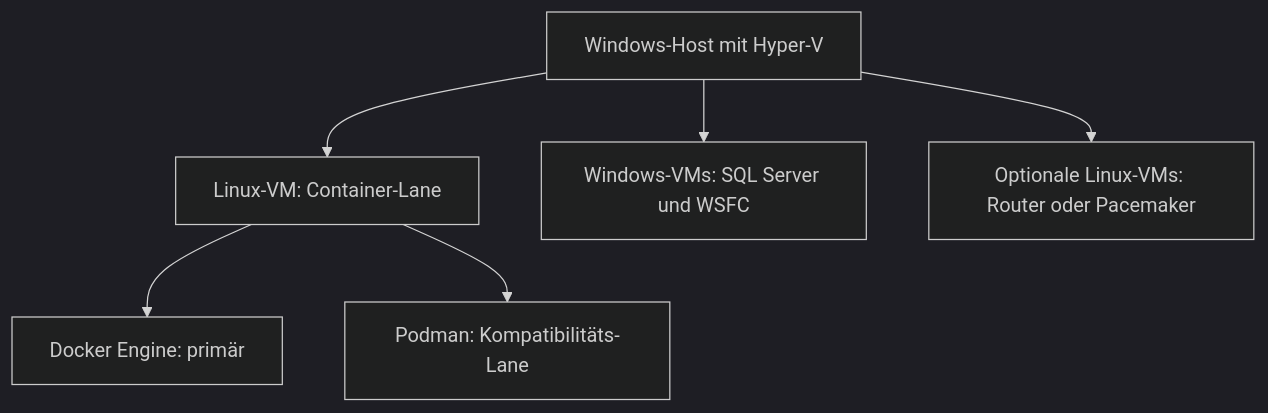
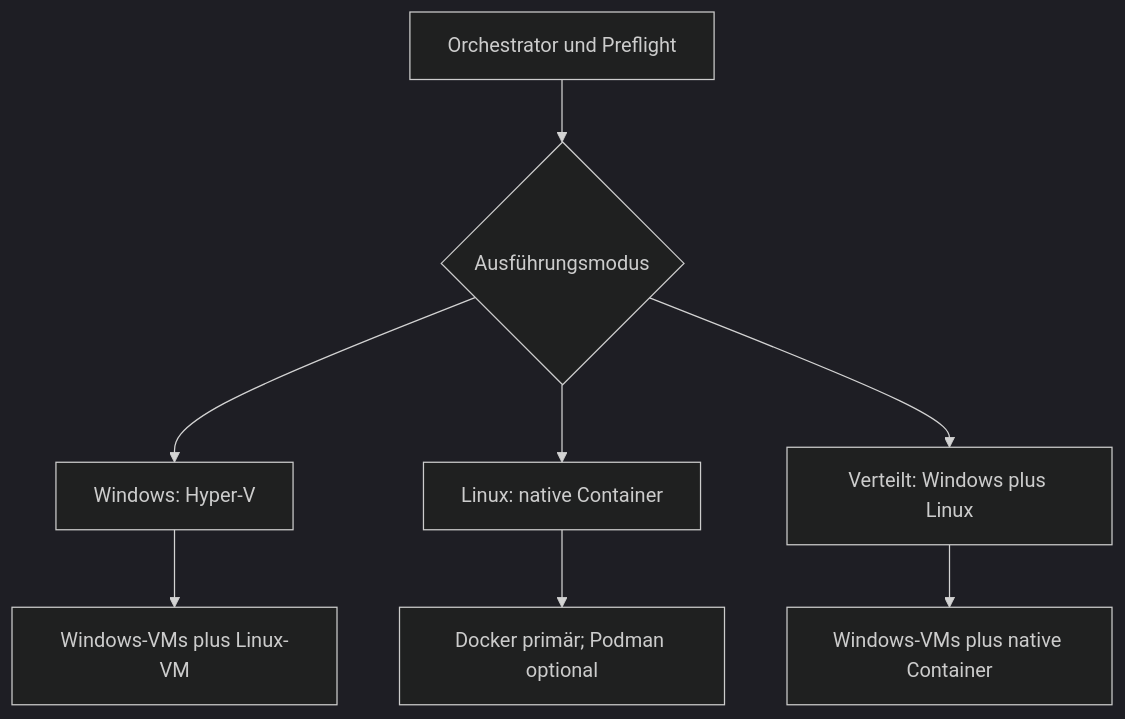
One commit to gecompat/SQL_Server_Analyze changed the diagram in Documentation/Architecture/Reproducible_Diagnostic_Lab_Plan.md. Above: the diagram before and after it, drawn with Mermaid (dark theme). The commit also changed other lines of this file, not shown here.

````diff
--- a/Documentation/Architecture/Reproducible_Diagnostic_Lab_Plan.md
+++ b/Documentation/Architecture/Reproducible_Diagnostic_Lab_Plan.md
@@ -19,8 +23,10 @@
 ```mermaid
 flowchart TD
-    H["Windows-Host mit Hyper-V"] --> C["Linux-VM: Container-Lane"]
-    H --> W["Windows-VMs: SQL Server und WSFC"]
-    H --> X["Optionale Linux-VMs: Router oder Pacemaker"]
-    C --> D["Docker Engine: primär"]
-    C --> P["Podman: Kompatibilitäts-Lane"]
+    O["Orchestrator und Preflight"] --> M{"Ausführungsmodus"}
+    M --> W["Windows: Hyper-V"]
+    M --> L["Linux: native Container"]
+    M --> D["Verteilt: Windows plus Linux"]
+    W --> WV["Windows-VMs plus Linux-VM"]
+    L --> LC["Docker primär; Podman optional"]
+    D --> DV["Windows-VMs plus native Container"]
 ```
````
